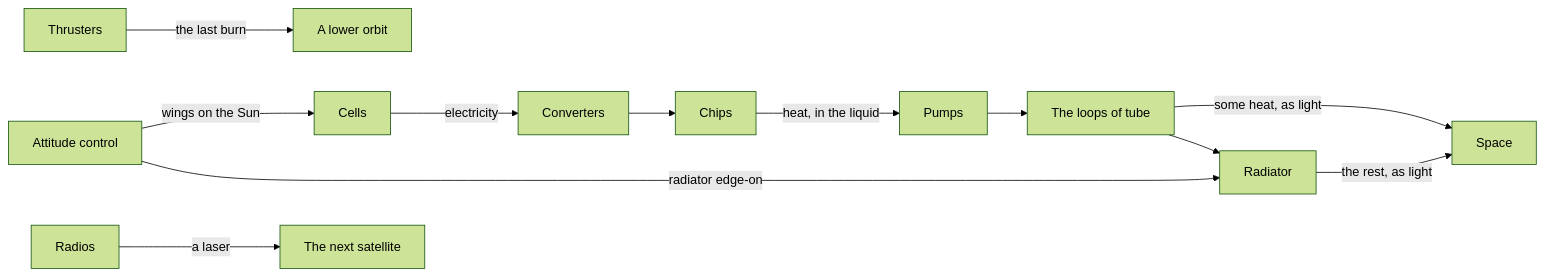
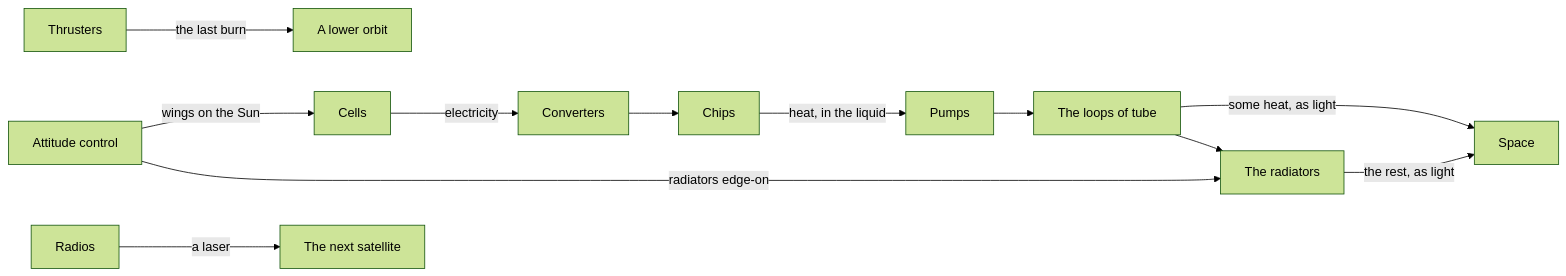
The second of 2 diagrams in pages/space-data-centres.md (jkroso/Ladder), drawn with Mermaid (forest theme) before and after one commit. The commit also changed other lines of this file and 4 other files, not shown here.

````diff
--- a/pages/space-data-centres.md
+++ b/pages/space-data-centres.md
@@ -140,14 +140,14 @@
 ```mermaid
 flowchart LR
   Cells -->|electricity| Converters
   Converters --> Chips
   Chips -->|heat, in the liquid| Pumps
   Pumps --> Pipes[The loops of tube]
   Pipes -->|some heat, as light| Space
-  Pipes --> Radiator
+  Pipes --> Radiator[The radiators]
   Radiator -->|the rest, as light| Space
   Aim[Attitude control] -->|wings on the Sun| Cells
-  Aim -->|radiator edge-on| Radiator
+  Aim -->|radiators edge-on| Radiator
   Thrusters -->|the last burn| Lower[A lower orbit]
   Radios -->|a laser| Neighbour[The next satellite]
 ```
````
